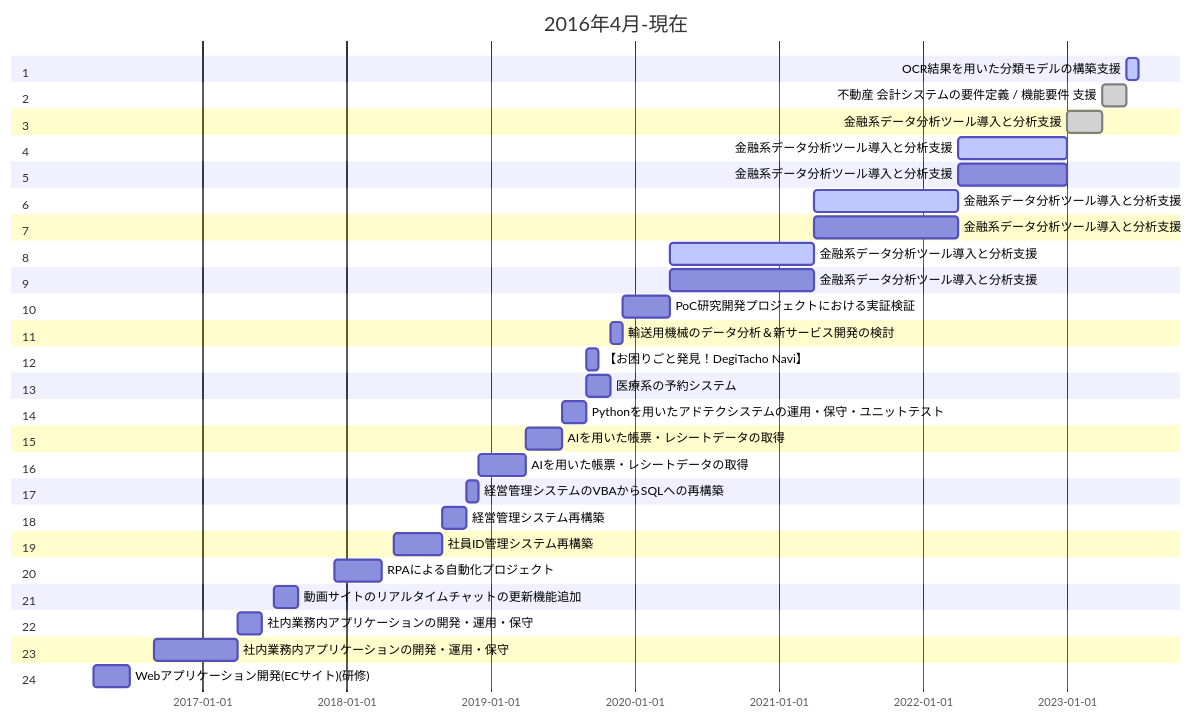
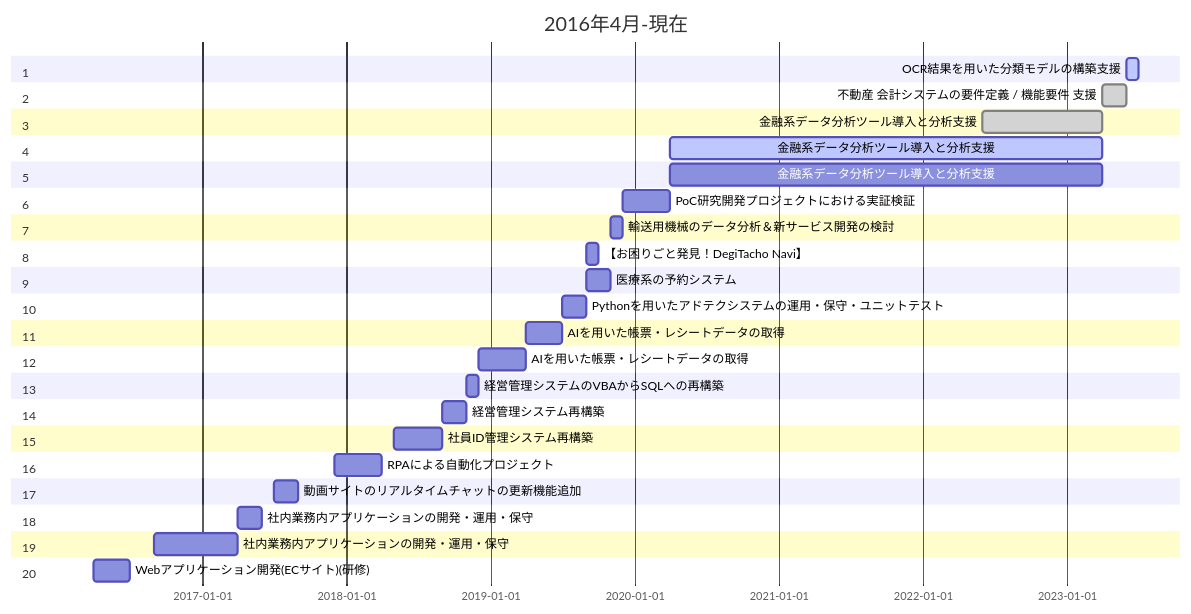
The second of 2 diagrams in README.md (chibadai/chibadai), drawn with Mermaid before and after one commit.

Commit message:
年度ごとの行を削除し業務ごとに統一

````diff
--- a/README.md
+++ b/README.md
@@ -26,53 +26,45 @@
 ```mermaid
 gantt
     title 2016年4月-現在
     dateFormat YYYY-MM
     section 1
     OCR結果を用いた分類モデルの構築支援: active,a2023_1,2023-06,1M
     section 2
     不動産 会計システムの要件定義 / 機能要件 支援: done,a2023_2,2023-04,2M
     section 3
-    金融系データ分析ツール導入と分析支援: done,a2022_3,2023-01,3M
+    金融系データ分析ツール導入と分析支援: done,a2022_3,2022-06,10M
     section 4
-    金融系データ分析ツール導入と分析支援: active,a2022_4,2022-04,9M
+    金融系データ分析ツール導入と分析支援: active,a2020_4,2020-04,36M
     section 5
-    金融系データ分析ツール導入と分析支援: a2022_5,2022-04,9M
+    金融系データ分析ツール導入と分析支援: a2020_5,2020-04,36M
     section 6
-    金融系データ分析ツール導入と分析支援: active,a2021_6,2021-04,12M
+    PoC研究開発プロジェクトにおける実証検証: a2019_6,2019-12,4M
     section 7
-    金融系データ分析ツール導入と分析支援: a2021_7,2021-04,12M
+    輸送用機械のデータ分析＆新サービス開発の検討: a2019_7,2019-11,1M
     section 8
-    金融系データ分析ツール導入と分析支援: active,a2020_8,2020-04,12M
+    【お困りごと発見！DegiTacho Navi】 : a2019_8,2019-09,1M
     section 9
-    金融系データ分析ツール導入と分析支援: a2020_9,2020-04,12M
+    医療系の予約システム: a2019_9,2019-09,2M
     section 10
-    PoC研究開発プロジェクトにおける実証検証: a2019_10,2019-12,4M
+    Pythonを用いたアドテクシステムの運用・保守・ユニットテスト : a2019_10,2019-07,2M
     section 11
-    輸送用機械のデータ分析＆新サービス開発の検討: a2019_11,2019-11,1M
+    AIを用いた帳票・レシートデータの取得: a2019_11,2019-04,3M
     section 12
-    【お困りごと発見！DegiTacho Navi】 : a2019_12,2019-09,1M
+    AIを用いた帳票・レシートデータの取得: a2018_12,2018-12,4M
     section 13
-    医療系の予約システム: a2019_13,2019-09,2M
+    経営管理システムのVBAからSQLへの再構築: ,2018-11,1M
     section 14
-    Pythonを用いたアドテクシステムの運用・保守・ユニットテスト : a2019_14,2019-07,2M
+    経営管理システム再構築: ,2018-09,2M
     section 15
-    AIを用いた帳票・レシートデータの取得: a2019_15,2019-04,3M
+    社員ID管理システム再構築: ,2018-05,4M
     section 16
-    AIを用いた帳票・レシートデータの取得: a2018_16,2018-12,4M
+    RPAによる自動化プロジェクト: ,2017-12,4M
     section 17
-    経営管理システムのVBAからSQLへの再構築: ,2018-11,1M
+    動画サイトのリアルタイムチャットの更新機能追加: ,2017-07,2M
     section 18
-    経営管理システム再構築: ,2018-09,2M
+    社内業務内アプリケーションの開発・運用・保守: ,2017-04,2M
     section 19
-    社員ID管理システム再構築: ,2018-05,4M
+    社内業務内アプリケーションの開発・運用・保守: ,2016-09,7M
     section 20
-    RPAによる自動化プロジェクト: ,2017-12,4M
-    section 21
-    動画サイトのリアルタイムチャットの更新機能追加: ,2017-07,2M
-    section 22
-    社内業務内アプリケーションの開発・運用・保守: ,2017-04,2M
-    section 23
-    社内業務内アプリケーションの開発・運用・保守: ,2016-09,7M
-    section 24
     Webアプリケーション開発(ECサイト)(研修): ,2016-04,3M
 ```
````
